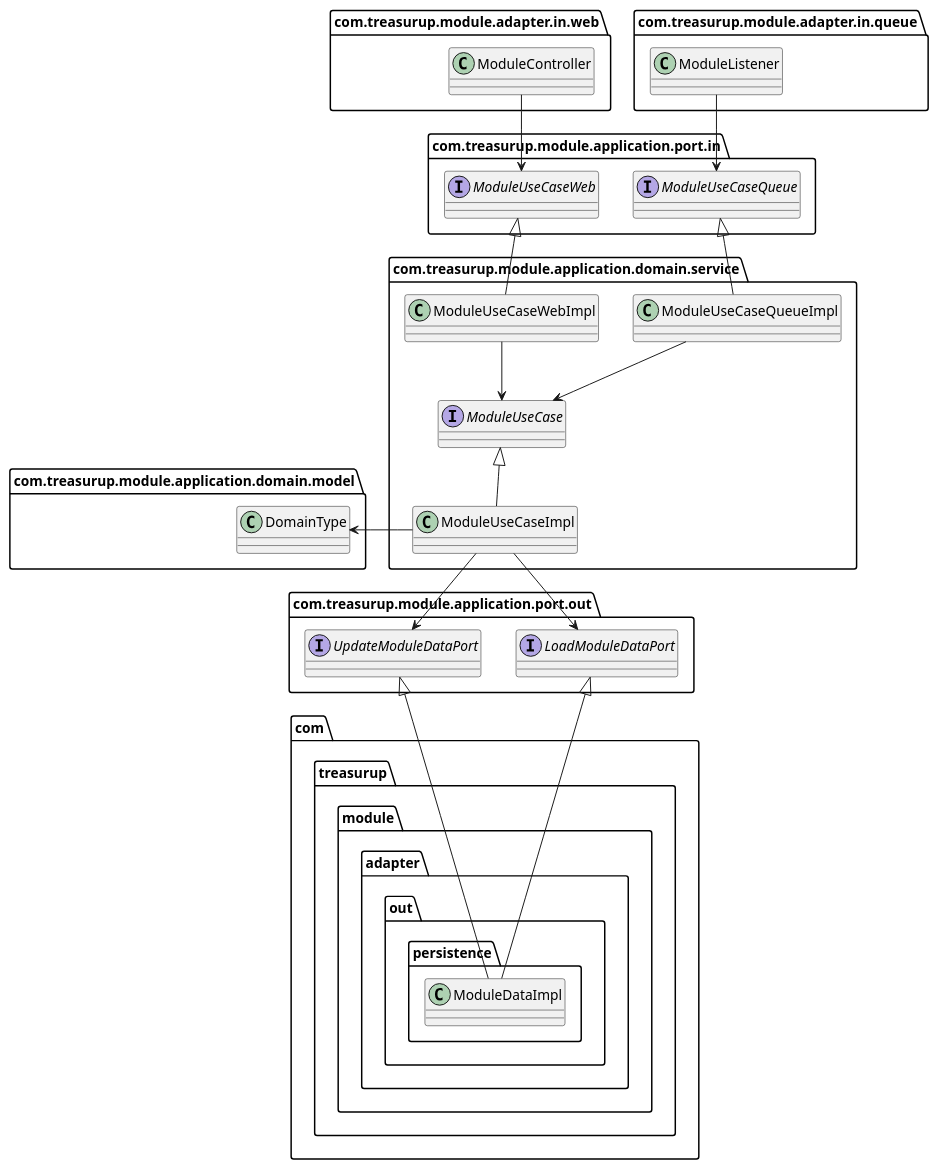
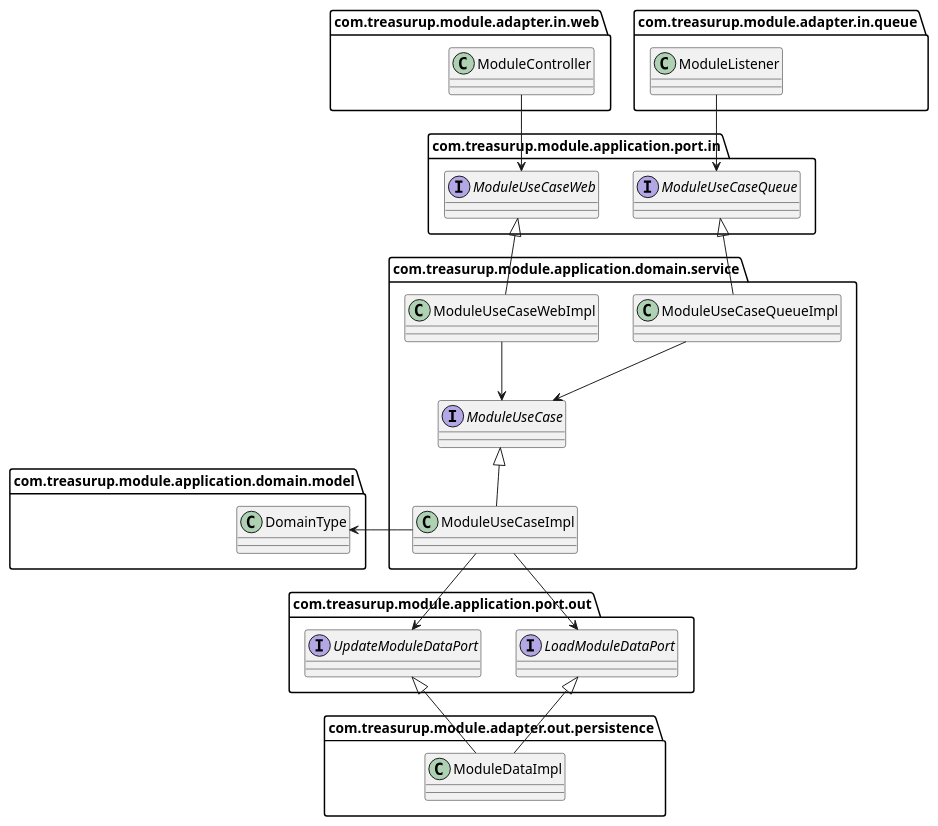
The diagram in docs/modules/ROOT/partials/diagrams/haxagon-org.pu (ernstvorsteveld/antora-docs1), drawn with PlantUML before and after one commit.

```diff
--- a/docs/modules/ROOT/partials/diagrams/haxagon-org.pu
+++ b/docs/modules/ROOT/partials/diagrams/haxagon-org.pu
@@ -1,57 +1,57 @@
 @startuml "hexagon-org"
 
 top to bottom direction
 
 package "com.treasurup.module.adapter.in.web"  as "A" {
     class ModuleController
 }
 
 package "com.treasurup.module.adapter.in.queue" as "B" {
     class ModuleListener
 }
 
 
-package "com.treasurup.module.adapter.out.persistence" {
+package "com.treasurup.module.adapter.out.persistence" as "P" {
     class ModuleDataImpl
 }
 
 
 package "com.treasurup.module.application.domain.service" as "D" {
     class ModuleUseCaseWebImpl
     class ModuleUseCaseQueueImpl
     interface ModuleUseCase
 
     ModuleUseCaseWebImpl --> ModuleUseCase
     ModuleUseCaseQueueImpl --> ModuleUseCase
 
    ModuleUseCase <|-- ModuleUseCaseImpl
 }
 
 package "com.treasurup.module.application.domain.model" as "M" {
     class DomainType
 
     DomainType <- ModuleUseCaseImpl  
 }
 
 package "com.treasurup.module.application.port.in" as "PI" {
     interface ModuleUseCaseWeb
     interface ModuleUseCaseQueue
 
     ModuleController --> ModuleUseCaseWeb
     ModuleListener --> ModuleUseCaseQueue
     ModuleUseCaseWeb <|-- ModuleUseCaseWebImpl
     ModuleUseCaseQueue <|-- ModuleUseCaseQueueImpl
 }
 
 package "com.treasurup.module.application.port.out" as "PO" {
     interface LoadModuleDataPort
     interface UpdateModuleDataPort
 
     ModuleUseCaseImpl --> LoadModuleDataPort
     ModuleUseCaseImpl --> UpdateModuleDataPort
     LoadModuleDataPort <|-- ModuleDataImpl
     UpdateModuleDataPort <|-- ModuleDataImpl
 }
 
 
 @enduml
```
